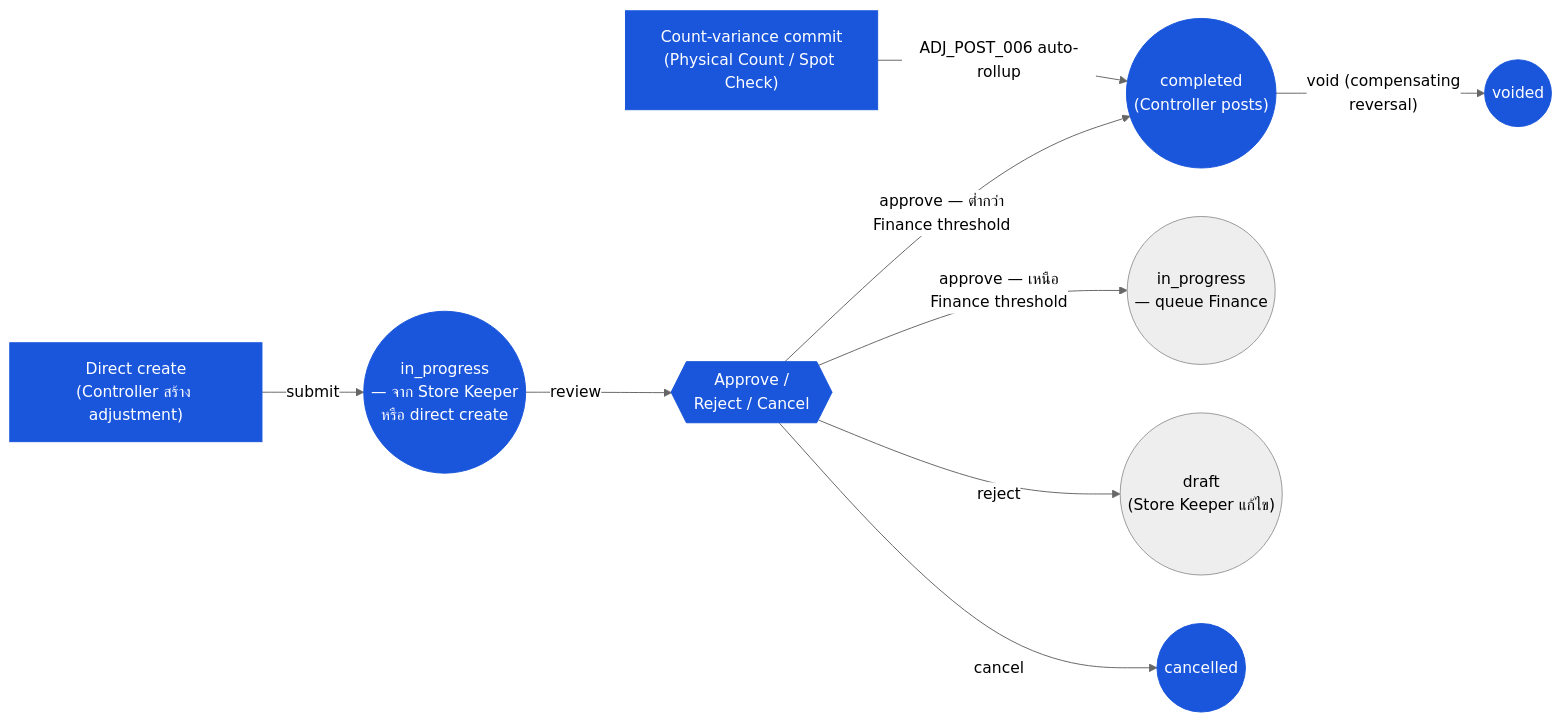
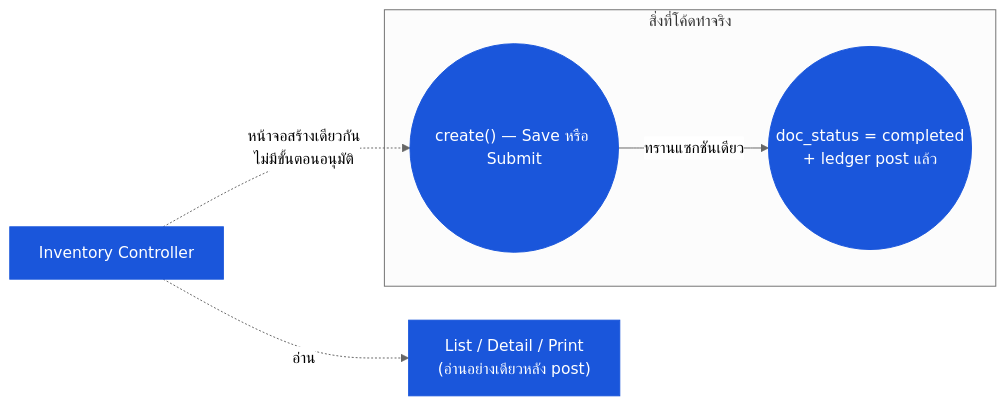
Before and after one commit to CarmenSoftware-organization/carmen-wiki: the diagram in th/inventory/inventory-adjustment/03-user-flow-inventory-controller.md, drawn with Mermaid (neutral theme). The commit also changed other lines of this file and 30 other files, not shown here.

````diff
--- a/th/inventory/inventory-adjustment/03-user-flow-inventory-controller.md
+++ b/th/inventory/inventory-adjustment/03-user-flow-inventory-controller.md
@@ -19,12 +19,9 @@
 ```mermaid
 graph LR
-    keeper_submit(("in_progress\n— จาก Store Keeper\nหรือ direct create")):::current -->|"review"| approve_gate{{"Approve /\nReject / Cancel"}}:::current
-    approve_gate -->|"approve — ต่ำกว่า\nFinance threshold"| completed(("completed\n(Controller posts)")):::current
-    approve_gate -->|"approve — เหนือ\nFinance threshold"| finance_q(("in_progress\n— queue Finance"))
-    approve_gate -->|"reject"| draft_return(("draft\n(Store Keeper แก้ไข)"))
-    approve_gate -->|"cancel"| cancelled(("cancelled")):::current
-    count_commit["Count-variance commit\n(Physical Count / Spot Check)"]:::current -->|"ADJ_POST_006 auto-rollup"| completed
-    direct_create["Direct create\n(Controller สร้าง adjustment)"]:::current -->|"submit"| keeper_submit
-    completed -->|"void (compensating\nreversal)"| voided(("voided")):::current
+    subgraph reality["สิ่งที่โค้ดทำจริง"]
+        create(("create() — Save หรือ Submit")):::current -->|"ทรานแซกชันเดียว"| posted(("doc_status = completed\n+ ledger post แล้ว")):::current
+    end
+    ic["Inventory Controller"]:::current -.->|"หน้าจอสร้างเดียวกัน\nไม่มีขั้นตอนอนุมัติ"| create
+    ic -.->|"อ่าน"| list["List / Detail / Print\n(อ่านอย่างเดียวหลัง post)"]:::current
     classDef current fill:#1a56db,color:#fff,stroke:#1a56db;
 ```
````
